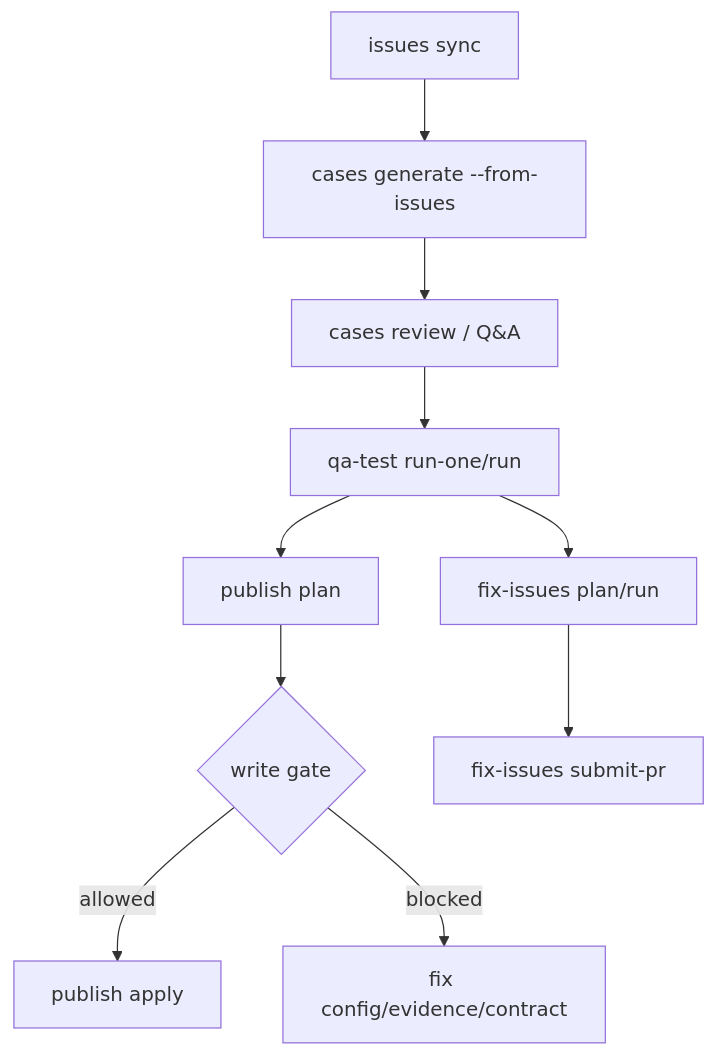
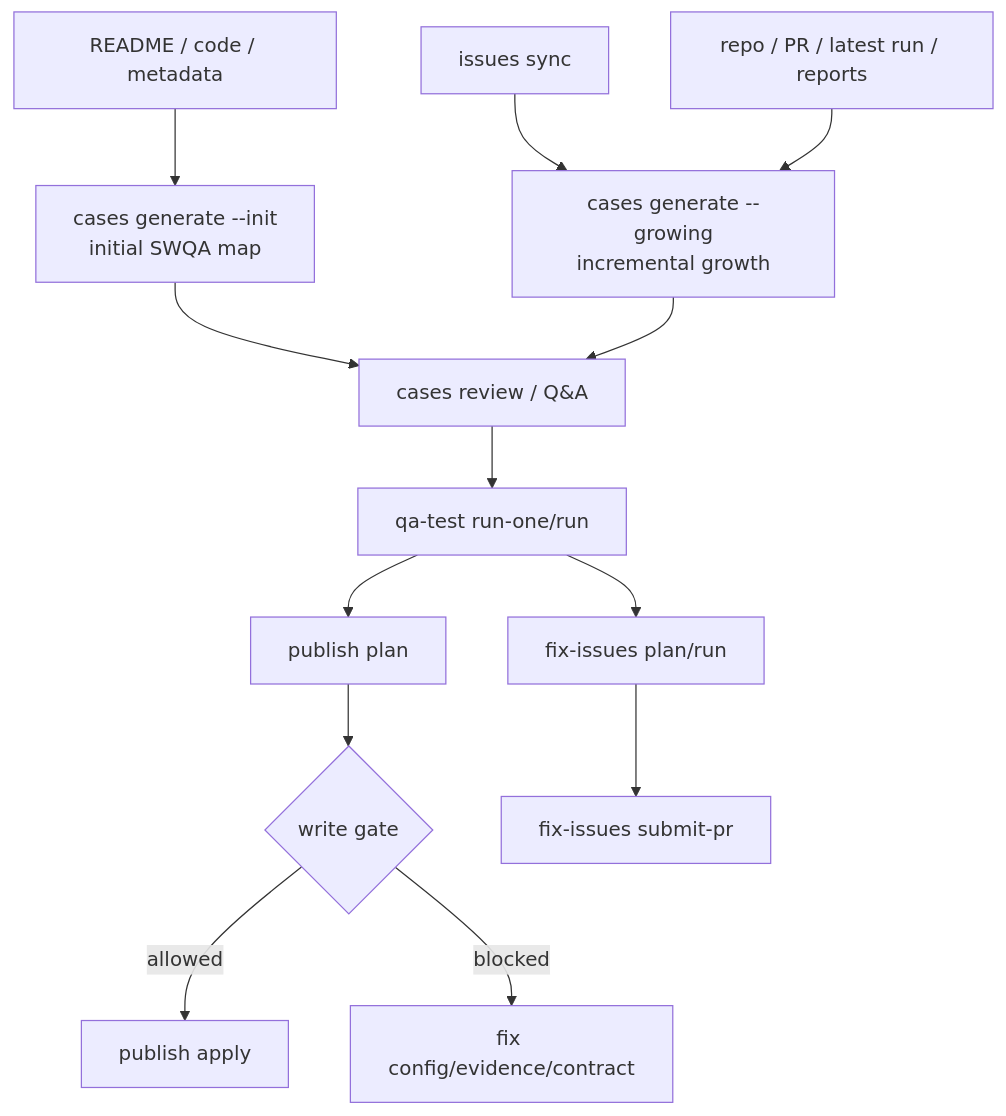
The second of 2 diagrams in README.md (siriChiu/quality-assurance-AI-system-testing), drawn with Mermaid before and after one commit. The commit also changed other lines of this file and 14 other files, not shown here.

````diff
--- a/README.md
+++ b/README.md
@@ -38,12 +38,15 @@
 ```mermaid
 flowchart TD
-  A["issues sync"] --> B["cases generate --from-issues"]
-  B --> C["cases review / Q&A"]
+  A["issues sync"] --> B["cases generate --growing<br/>incremental growth"]
+  Z0["README / code / metadata"] --> B0["cases generate --init<br/>initial SWQA map"]
+  Z["repo / PR / latest run / reports"] --> B
+  B0 --> C["cases review / Q&A"]
+  B --> C
   C --> D["qa-test run-one/run"]
   D --> E["publish plan"]
   E --> F{"write gate"}
   F -->|allowed| G["publish apply"]
   F -->|blocked| H["fix config/evidence/contract"]
   D --> I["fix-issues plan/run"]
   I --> J["fix-issues submit-pr"]
 ```
````
